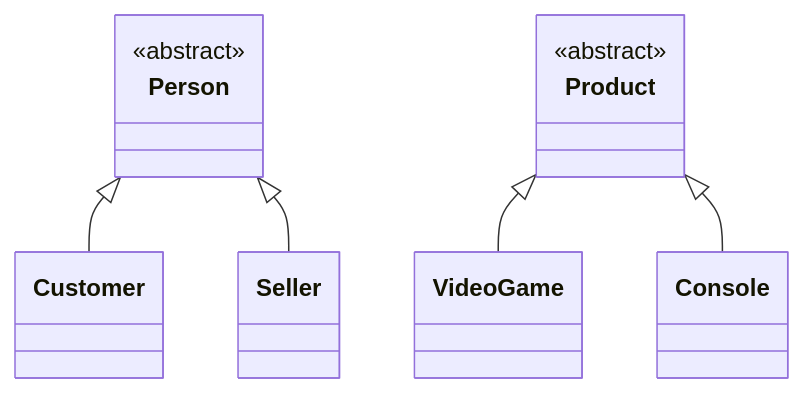
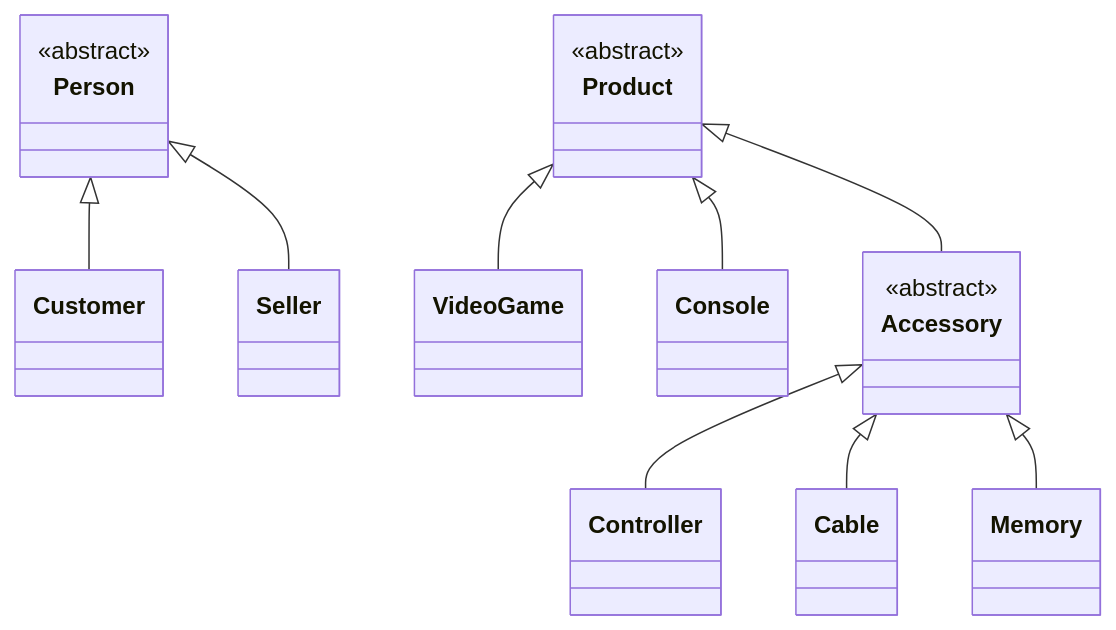
One commit to Oscar-Palomino-07/GameZoneUnicesar changed the diagram in docs/hierarchy-diagram.md. Above: the diagram before and after it, drawn with Mermaid.

Commit message:
docs: update hierarchy diagram with accessory classes

````diff
--- a/docs/hierarchy-diagram.md
+++ b/docs/hierarchy-diagram.md
@@ -3,18 +3,29 @@
 ```mermaid
 classDiagram
     class Person {
         <<abstract>>
     }
     class Customer
     class Seller
     Person <|-- Customer
     Person <|-- Seller
 
     class Product {
         <<abstract>>
     }
     class VideoGame
     class Console
     Product <|-- VideoGame
     Product <|-- Console
+
+    class Accessory {
+        <<abstract>>
+    }
+    class Controller
+    class Cable
+    class Memory
+    Product <|-- Accessory
+    Accessory <|-- Controller
+    Accessory <|-- Cable
+    Accessory <|-- Memory
 ```
````
